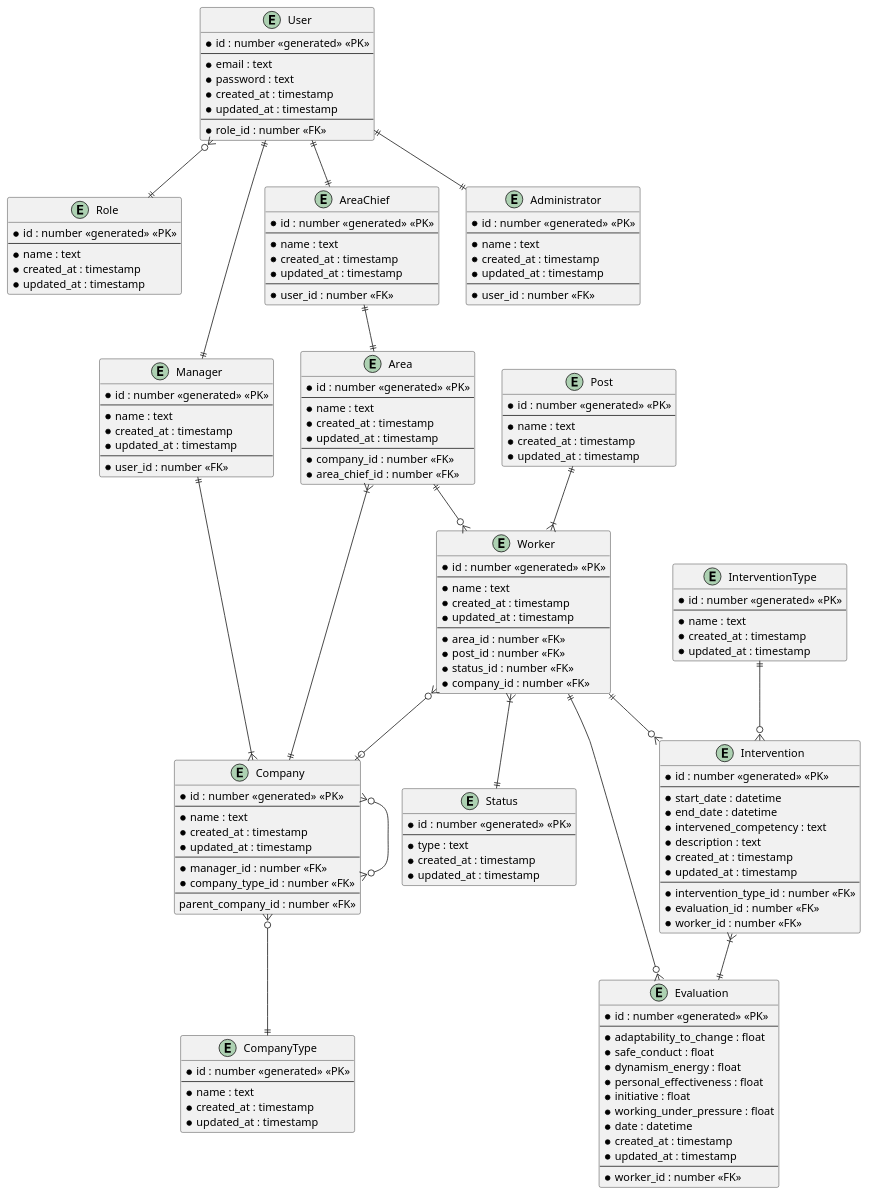
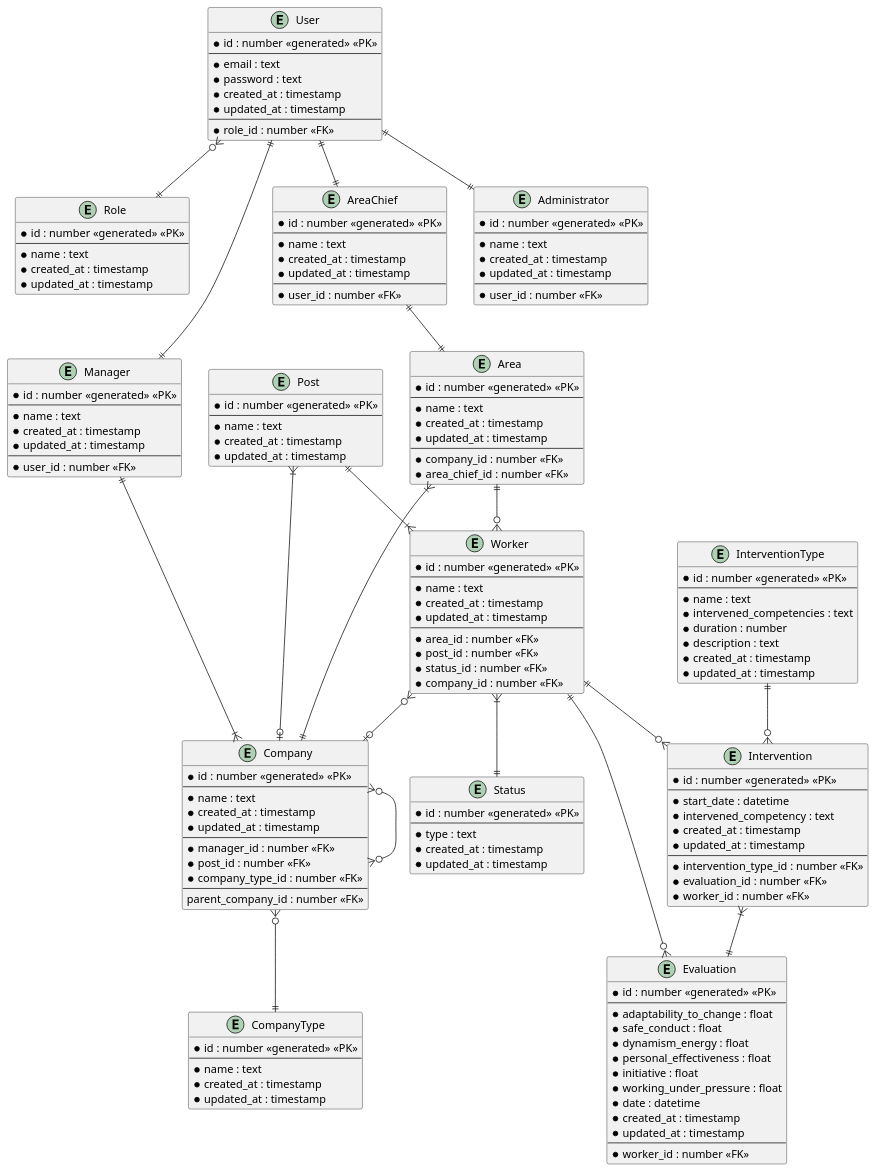
One commit to noctulitos-hackadisc/backend-hackadisc changed the diagram in docs/ER.puml. Above: the diagram before and after it, drawn with PlantUML. The commit also changed 3 other files, not shown here.

Commit message:
refactor: ER model

```diff
--- a/docs/ER.puml
+++ b/docs/ER.puml
@@ -1,178 +1,181 @@
 @startuml ER-Diagram
 hide empty methods
 
 entity User {
     * id : number <<generated>> <<PK>>
     --
     * email : text
     * password : text
     * created_at : timestamp
     * updated_at : timestamp
     --
     *role_id : number <<FK>>
 }
 
 entity Role {
     * id : number <<generated>> <<PK>>
     --
     * name : text
     * created_at : timestamp
     * updated_at : timestamp
 }
 
 entity Manager {
     * id : number <<generated>> <<PK>>
     --
     * name : text
     * created_at : timestamp
     * updated_at : timestamp
     --
     * user_id : number <<FK>>
 }
 
 entity AreaChief {
     * id : number <<generated>> <<PK>>
     --
     * name : text
     * created_at : timestamp
     * updated_at : timestamp
     --
     * user_id : number <<FK>>
 }
 
 entity Administrator {
     * id : number <<generated>> <<PK>>
     --
     * name : text
     * created_at : timestamp
     * updated_at : timestamp
     --
     * user_id : number <<FK>>
 }
 
 entity Company {
     * id : number <<generated>> <<PK>>
     --
     * name : text
     * created_at : timestamp
     * updated_at : timestamp
     --
     * manager_id : number <<FK>>
+    * post_id : number <<FK>>
     * company_type_id : number <<FK>>
     --
     parent_company_id : number <<FK>>
 }
 
 entity CompanyType {
     * id : number <<generated>> <<PK>>
     --
     * name : text
     * created_at : timestamp
     * updated_at : timestamp
 }
 
 entity Area {
     * id : number <<generated>> <<PK>>
     --
     * name : text
     * created_at : timestamp
     * updated_at : timestamp
     --
     * company_id : number <<FK>>
     * area_chief_id : number <<FK>>
 }
 
 entity Post {
     * id : number <<generated>> <<PK>>
     --
     * name : text
     * created_at : timestamp
     * updated_at : timestamp
 }
 
 entity Worker {
     * id : number <<generated>> <<PK>>
     --
     * name : text
     * created_at : timestamp
     * updated_at : timestamp
     --
     * area_id : number <<FK>>
     * post_id : number <<FK>>
     * status_id : number <<FK>>
     * company_id : number <<FK>>
 }
 
 entity Status {
     * id : number <<generated>> <<PK>>
     --
     * type : text
     * created_at : timestamp
     * updated_at : timestamp
 }
 
 entity Evaluation {
     * id : number <<generated>> <<PK>>
     --
     * adaptability_to_change : float
     * safe_conduct : float
     * dynamism_energy : float
     * personal_effectiveness : float
     * initiative : float
     * working_under_pressure : float
     * date : datetime
     * created_at : timestamp
     * updated_at : timestamp
     --
     * worker_id : number <<FK>>
 }
 
 entity Intervention {
     * id : number <<generated>> <<PK>>
     --
     * start_date : datetime
-    * end_date : datetime
     * intervened_competency : text
-    * description : text
     * created_at : timestamp
     * updated_at : timestamp
     --
     * intervention_type_id : number <<FK>>
     * evaluation_id : number <<FK>>
     * worker_id : number <<FK>>
 }
 
 entity InterventionType {
     * id : number <<generated>> <<PK>>
     --
     * name : text
+    * intervened_competencies : text
+    * duration : number
+    * description : text
     * created_at : timestamp
     * updated_at : timestamp
 }
 
 Area }|--|| Company
 Worker }o--o| Company
 Manager ||--|{ Company
 Company }o--|| CompanyType
 
 Area ||--o{ Worker
 Post ||--|{ Worker
 
 Worker }|--|| Status
 
 Worker ||--o{ Evaluation
 Worker ||--o{ Intervention
 Intervention }|--|| Evaluation
 InterventionType ||--o{ Intervention
 
+Post }|--o| Company
 
 User }o--|| Role
 User ||--|| Manager
 User ||--|| AreaChief
 User ||--|| Administrator
 
 AreaChief ||--|| Area
 
 Company }o--o{ Company
 
 @enduml
```
